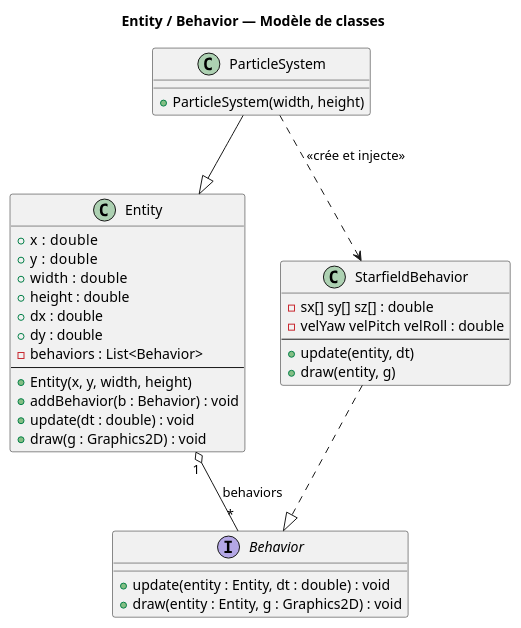
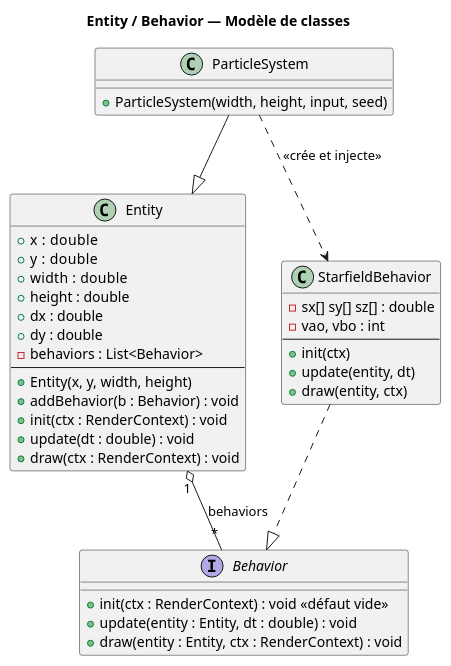
Before and after one commit to mcgivrer/demo001-arm64: the first of 2 diagrams in src/docs/02-entity-behavior.md, drawn with PlantUML. The commit also changed other lines of this file and 38 other files, not shown here.

````diff
--- a/src/docs/02-entity-behavior.md
+++ b/src/docs/02-entity-behavior.md
@@ -21,42 +21,45 @@
 ```plantuml
 @startuml
 title Entity / Behavior — Modèle de classes
 
 interface Behavior {
+    + init(ctx : RenderContext) : void «défaut vide»
     + update(entity : Entity, dt : double) : void
-    + draw(entity : Entity, g : Graphics2D) : void
+    + draw(entity : Entity, ctx : RenderContext) : void
 }
 
 class Entity {
     + x  : double
     + y  : double
     + width  : double
     + height : double
     + dx : double
     + dy : double
     - behaviors : List<Behavior>
     --
     + Entity(x, y, width, height)
     + addBehavior(b : Behavior) : void
+    + init(ctx : RenderContext) : void
     + update(dt : double) : void
-    + draw(g : Graphics2D) : void
+    + draw(ctx : RenderContext) : void
 }
 
 class StarfieldBehavior {
     - sx[] sy[] sz[] : double
-    - velYaw velPitch velRoll : double
+    - vao, vbo : int
     --
+    + init(ctx)
     + update(entity, dt)
-    + draw(entity, g)
+    + draw(entity, ctx)
 }
 
 class ParticleSystem {
-    + ParticleSystem(width, height)
+    + ParticleSystem(width, height, input, seed)
 }
 
 Entity "1" o-- "*" Behavior : behaviors
 StarfieldBehavior ..|> Behavior
 ParticleSystem --|> Entity
 ParticleSystem ..> StarfieldBehavior : <<crée et injecte>>
 @enduml
 ```
````
